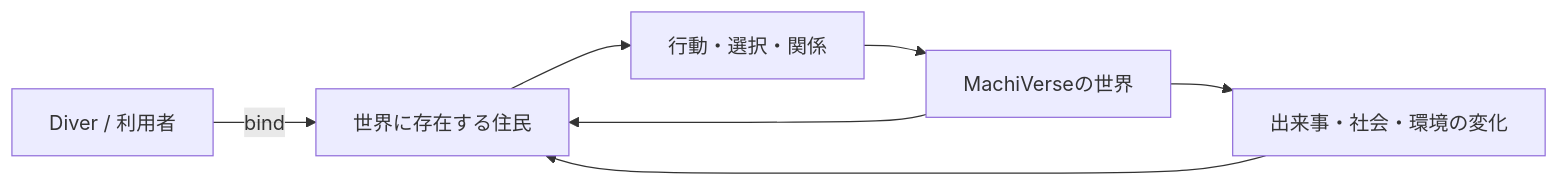
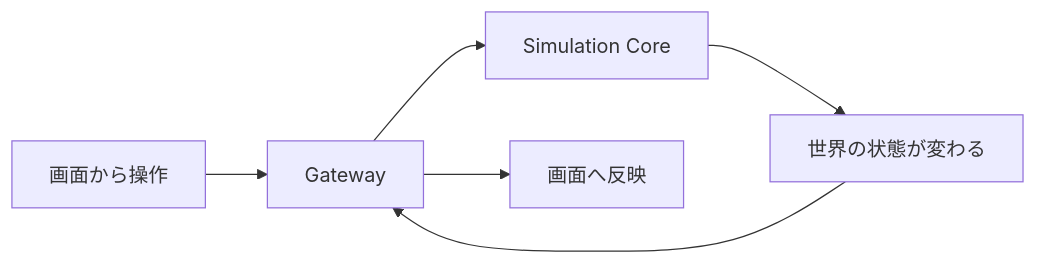
The diagram in README.md (MachiVerse-Project/MachiVerse), drawn with Mermaid before and after one commit. The commit also changed other lines of this file, not shown here.

````diff
--- a/README.md
+++ b/README.md
@@ -124,9 +158,8 @@
 ```mermaid
 flowchart LR
-    D["Diver / 利用者"] -->|"bind"| R["世界に存在する住民"]
-    W["MachiVerseの世界"] --> R
-    R --> A["行動・選択・関係"]
-    A --> W
-    W --> E["出来事・社会・環境の変化"]
-    E --> R
+    A["画面から操作"] --> B["Gateway"]
+    B --> C["Simulation Core"]
+    C --> D["世界の状態が変わる"]
+    D --> B
+    B --> E["画面へ反映"]
 ```
````
